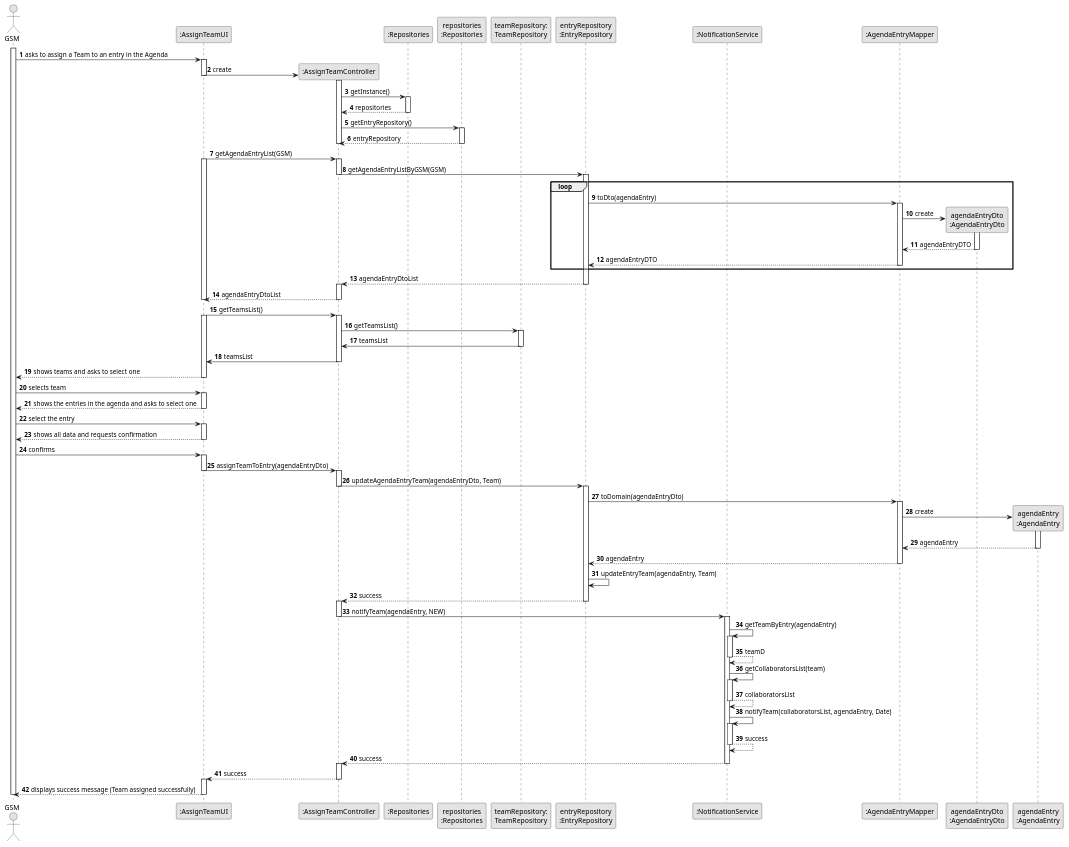
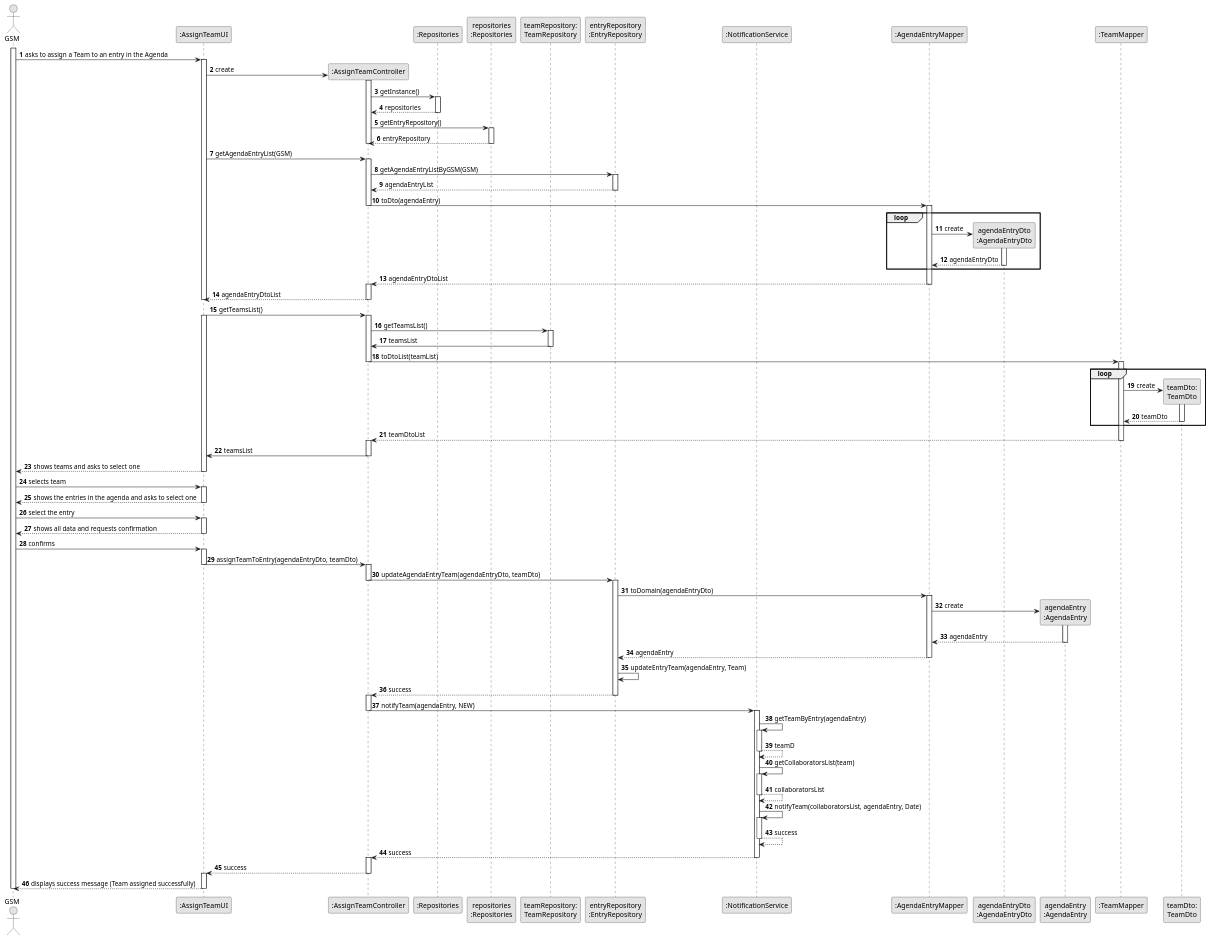
The diagram in docs/sprintC/us023/03.design/puml/us023-sequence-diagram-full.puml (ricardomm7/leaflink), drawn with PlantUML before and after one commit. The commit also changed 13 other files, not shown here.

```diff
--- a/docs/sprintC/us023/03.design/puml/us023-sequence-diagram-full.puml
+++ b/docs/sprintC/us023/03.design/puml/us023-sequence-diagram-full.puml
@@ -2,171 +2,189 @@
 @startuml
 skinparam monochrome true
 skinparam packageStyle rectangle
 skinparam shadowing false
 
 'title System Sequence Diagram (SSD) - US006
 
 autonumber
 
 actor "GSM" as GSM
 participant ":AssignTeamUI" as UI
 participant ":AssignTeamController" as CTRL
 participant ":Repositories" as RepositorySingleton
 participant "repositories\n:Repositories" as PLAT
 participant "teamRepository:\nTeamRepository" as TeamRepository
 participant "entryRepository\n:EntryRepository" as EntryRepo
 participant ":NotificationService" as NotificationService
 participant ":AgendaEntryMapper" as AgendaEntryMapper
 participant "agendaEntryDto\n:AgendaEntryDto" as AgendaEntryDto
 participant "agendaEntry\n:AgendaEntry" as AgendaEntry
+participant ":TeamMapper" as teamMapper
+participant "teamDto:\nTeamDto" as teamDto
 
 activate GSM
 
     GSM -> UI : asks to assign a Team to an entry in the Agenda
     activate UI
 
         UI -> CTRL** : create
-        deactivate UI
                 activate CTRL
 
                     CTRL -> RepositorySingleton : getInstance()
                     activate RepositorySingleton
 
                         RepositorySingleton --> CTRL : repositories
                     deactivate RepositorySingleton
 
                     CTRL -> PLAT : getEntryRepository()
                     activate PLAT
 
                         PLAT --> CTRL : entryRepository
                     deactivate PLAT
 
                      deactivate CTRL
 
-                deactivate UI
 
         UI -> CTRL: getAgendaEntryList(GSM)
-                activate UI
                 activate CTRL
 
                     CTRL -> EntryRepo: getAgendaEntryListByGSM(GSM)
-                    deactivate CTRL
                     activate EntryRepo
 
-                    loop
+                    EntryRepo --> CTRL: agendaEntryList
+                    deactivate EntryRepo
 
-                    EntryRepo -> AgendaEntryMapper : toDto(agendaEntry)
+                    CTRL -> AgendaEntryMapper : toDto(agendaEntry)
+                    deactivate CTRL
                     activate AgendaEntryMapper
 
+                    loop
                         AgendaEntryMapper -> AgendaEntryDto** : create
                         activate AgendaEntryDto
 
-                        AgendaEntryDto --> AgendaEntryMapper : agendaEntryDTO
+                        AgendaEntryDto --> AgendaEntryMapper : agendaEntryDto
                         deactivate AgendaEntryDto
-
-                    AgendaEntryMapper --> EntryRepo : agendaEntryDTO
-                    deactivate AgendaEntryMapper
                     end
 
-                    EntryRepo --> CTRL : agendaEntryDtoList
-                    deactivate EntryRepo
+                    AgendaEntryMapper --> CTRL : agendaEntryDtoList
+                    deactivate AgendaEntryMapper
                     activate CTRL
+
 
                 CTRL --> UI : agendaEntryDtoList
                 deactivate CTRL
                 deactivate UI
 
         UI -> CTRL : getTeamsList()
                 activate UI
                 activate CTRL
 
                 CTRL -> TeamRepository : getTeamsList()
                 activate TeamRepository
 
                 TeamRepository -> CTRL : teamsList
                 deactivate TeamRepository
+
+                CTRL -> teamMapper: toDtoList(teamList)
+                deactivate CTRL
+                activate teamMapper
+
+                    loop
+
+                    teamMapper -> teamDto**: create
+                    activate teamDto
+
+                    teamDto --> teamMapper: teamDto
+                    deactivate teamDto
+
+                    end loop
+
+
+                teamMapper --> CTRL: teamDtoList
+                deactivate teamMapper
+                activate CTRL
 
                 CTRL -> UI : teamsList
                 deactivate CTRL
 
         UI --> GSM : shows teams and asks to select one
         deactivate UI
 
     GSM -> UI : selects team
     activate UI
 
     UI --> GSM : shows the entries in the agenda and asks to select one
     deactivate UI
 
     GSM -> UI: select the entry
     activate UI
 
     UI --> GSM : shows all data and requests confirmation
     deactivate UI
 
     GSM -> UI: confirms
     activate UI
 
-        UI -> CTRL : assignTeamToEntry(agendaEntryDto)
+        UI -> CTRL : assignTeamToEntry(agendaEntryDto, teamDto)
                 deactivate UI
                 activate CTRL
 
 
-                    CTRL -> EntryRepo : updateAgendaEntryTeam(agendaEntryDto, Team)
+                    CTRL -> EntryRepo : updateAgendaEntryTeam(agendaEntryDto, teamDto)
                     deactivate CTRL
                     activate EntryRepo
 
                     EntryRepo -> AgendaEntryMapper : toDomain(agendaEntryDto)
                     activate AgendaEntryMapper
 
                         AgendaEntryMapper -> AgendaEntry** : create
                         activate AgendaEntry
 
                         AgendaEntry --> AgendaEntryMapper : agendaEntry
                         deactivate AgendaEntry
 
                     AgendaEntryMapper --> EntryRepo : agendaEntry
                     deactivate AgendaEntryMapper
 
                         EntryRepo -> EntryRepo : updateEntryTeam(agendaEntry, Team)
 
                     EntryRepo --> CTRL : success
                     deactivate EntryRepo
                     activate CTRL
 
         CTRL -> NotificationService : notifyTeam(agendaEntry, NEW)
                     deactivate CTRL
                     activate NotificationService
 
                         NotificationService -> NotificationService : getTeamByEntry(agendaEntry)
                         activate NotificationService
 
                         NotificationService --> NotificationService : teamD
                         deactivate NotificationService
 
                         NotificationService -> NotificationService : getCollaboratorsList(team)
                         activate NotificationService
 
                         NotificationService --> NotificationService : collaboratorsList
                         deactivate NotificationService
 
                         NotificationService -> NotificationService : notifyTeam(collaboratorsList, agendaEntry, Date)
                         activate NotificationService
 
                         NotificationService --> NotificationService : success
                         deactivate NotificationService
 
                         NotificationService --> CTRL : success
                         deactivate NotificationService
                 activate CTRL
 
         CTRL --> UI : success
         deactivate CTRL
         activate UI
 
     UI --> GSM : displays success message (Team assigned successfully)
     deactivate UI
 
 deactivate GSM
 
 @enduml
```
